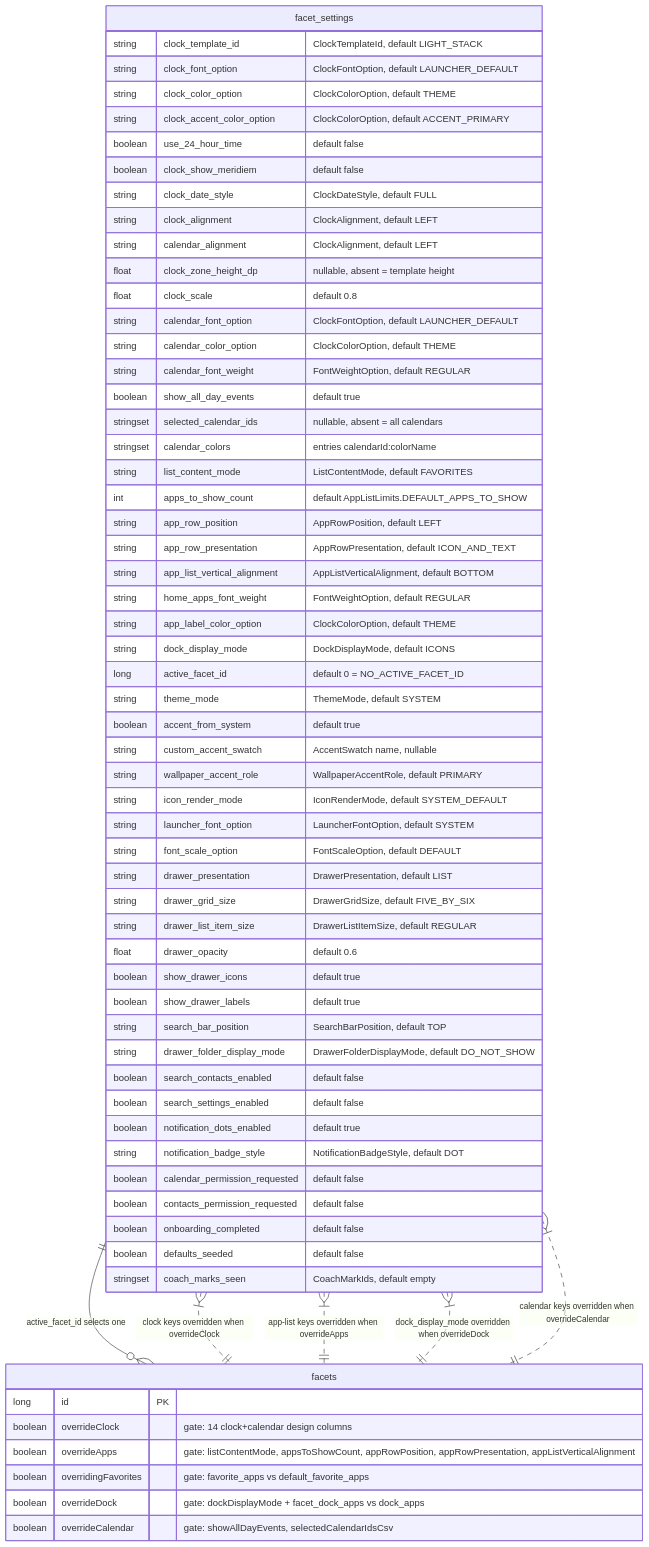
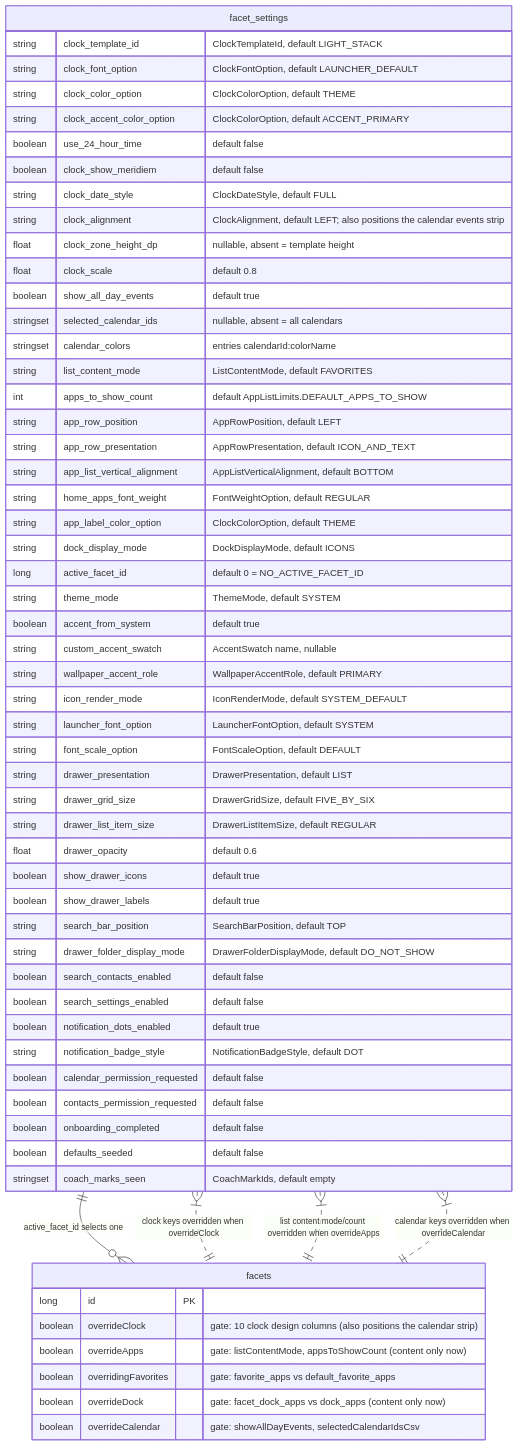
One commit to rohitganjam/facet-launcher changed the third of 3 diagrams in docs/architecture/02-persistence-room.md. Above: the diagram before and after it, drawn with Mermaid. The commit also changed other lines of this file and 60 other files, not shown here.

````diff
--- a/docs/architecture/02-persistence-room.md
+++ b/docs/architecture/02-persistence-room.md
@@ -350,70 +354,65 @@
 ```mermaid
 erDiagram
     facet_settings {
         string clock_template_id "ClockTemplateId, default LIGHT_STACK"
         string clock_font_option "ClockFontOption, default LAUNCHER_DEFAULT"
         string clock_color_option "ClockColorOption, default THEME"
         string clock_accent_color_option "ClockColorOption, default ACCENT_PRIMARY"
         boolean use_24_hour_time "default false"
         boolean clock_show_meridiem "default false"
         string clock_date_style "ClockDateStyle, default FULL"
-        string clock_alignment "ClockAlignment, default LEFT"
-        string calendar_alignment "ClockAlignment, default LEFT"
+        string clock_alignment "ClockAlignment, default LEFT; also positions the calendar events strip"
         float clock_zone_height_dp "nullable, absent = template height"
         float clock_scale "default 0.8"
-        string calendar_font_option "ClockFontOption, default LAUNCHER_DEFAULT"
-        string calendar_color_option "ClockColorOption, default THEME"
-        string calendar_font_weight "FontWeightOption, default REGULAR"
         boolean show_all_day_events "default true"
         stringset selected_calendar_ids "nullable, absent = all calendars"
         stringset calendar_colors "entries calendarId:colorName"
         string list_content_mode "ListContentMode, default FAVORITES"
         int apps_to_show_count "default AppListLimits.DEFAULT_APPS_TO_SHOW"
         string app_row_position "AppRowPosition, default LEFT"
         string app_row_presentation "AppRowPresentation, default ICON_AND_TEXT"
         string app_list_vertical_alignment "AppListVerticalAlignment, default BOTTOM"
         string home_apps_font_weight "FontWeightOption, default REGULAR"
         string app_label_color_option "ClockColorOption, default THEME"
         string dock_display_mode "DockDisplayMode, default ICONS"
         long active_facet_id "default 0 = NO_ACTIVE_FACET_ID"
         string theme_mode "ThemeMode, default SYSTEM"
         boolean accent_from_system "default true"
         string custom_accent_swatch "AccentSwatch name, nullable"
         string wallpaper_accent_role "WallpaperAccentRole, default PRIMARY"
         string icon_render_mode "IconRenderMode, default SYSTEM_DEFAULT"
         string launcher_font_option "LauncherFontOption, default SYSTEM"
         string font_scale_option "FontScaleOption, default DEFAULT"
         string drawer_presentation "DrawerPresentation, default LIST"
         string drawer_grid_size "DrawerGridSize, default FIVE_BY_SIX"
         string drawer_list_item_size "DrawerListItemSize, default REGULAR"
         float drawer_opacity "default 0.6"
         boolean show_drawer_icons "default true"
         boolean show_drawer_labels "default true"
         string search_bar_position "SearchBarPosition, default TOP"
         string drawer_folder_display_mode "DrawerFolderDisplayMode, default DO_NOT_SHOW"
         boolean search_contacts_enabled "default false"
         boolean search_settings_enabled "default false"
         boolean notification_dots_enabled "default true"
         string notification_badge_style "NotificationBadgeStyle, default DOT"
         boolean calendar_permission_requested "default false"
         boolean contacts_permission_requested "default false"
         boolean onboarding_completed "default false"
         boolean defaults_seeded "default false"
         stringset coach_marks_seen "CoachMarkIds, default empty"
     }
 
     facets {
         long id PK
-        boolean overrideClock "gate: 14 clock+calendar design columns"
-        boolean overrideApps "gate: listContentMode, appsToShowCount, appRowPosition, appRowPresentation, appListVerticalAlignment"
+        boolean overrideClock "gate: 10 clock design columns (also positions the calendar strip)"
+        boolean overrideApps "gate: listContentMode, appsToShowCount (content only now)"
         boolean overridingFavorites "gate: favorite_apps vs default_favorite_apps"
-        boolean overrideDock "gate: dockDisplayMode + facet_dock_apps vs dock_apps"
+        boolean overrideDock "gate: facet_dock_apps vs dock_apps (content only now)"
         boolean overrideCalendar "gate: showAllDayEvents, selectedCalendarIdsCsv"
     }
 
     facet_settings ||--o{ facets : "active_facet_id selects one"
     facet_settings }|..|| facets : "clock keys overridden when overrideClock"
-    facet_settings }|..|| facets : "app-list keys overridden when overrideApps"
-    facet_settings }|..|| facets : "dock_display_mode overridden when overrideDock"
+    facet_settings }|..|| facets : "list content mode/count overridden when overrideApps"
     facet_settings }|..|| facets : "calendar keys overridden when overrideCalendar"
 ```
````
